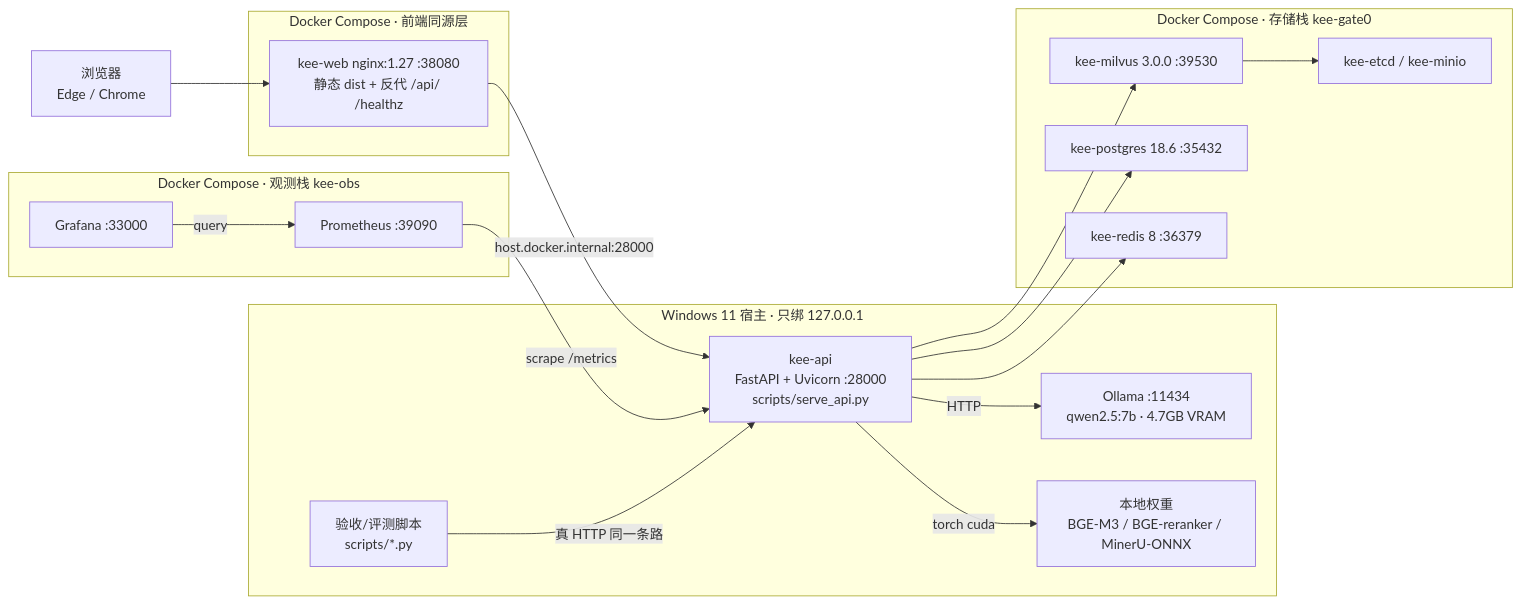
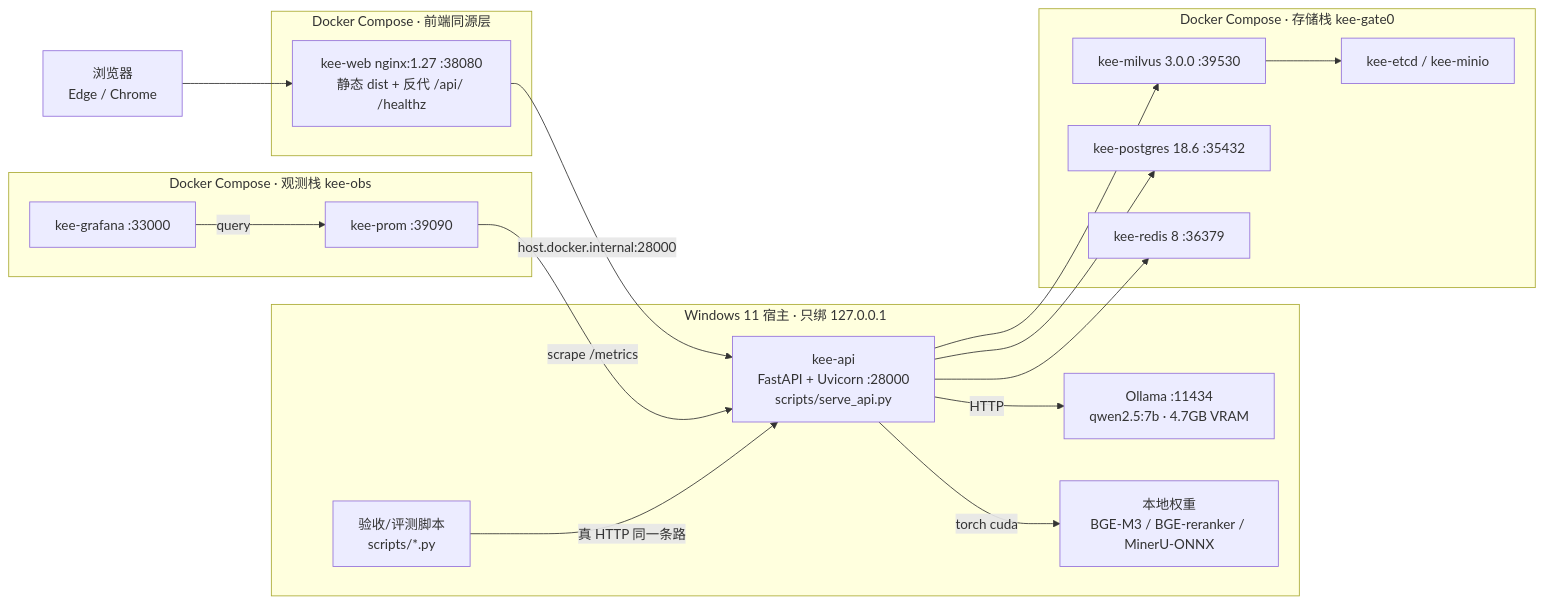
One commit to young0617-02/know-effect-engine changed the first of 5 diagrams in Material/架构图文档.md. Above: the diagram before and after it, drawn with Mermaid. The commit also changed other lines of this file and 17 other files, not shown here.

````diff
--- a/Material/架构图文档.md
+++ b/Material/架构图文档.md
@@ -38,39 +41,39 @@
 ```mermaid
 flowchart LR
   BR["浏览器<br/>Edge / Chrome"]
 
   subgraph HOST["Windows 11 宿主 · 只绑 127.0.0.1"]
     API["kee-api<br/>FastAPI + Uvicorn :28000<br/>scripts/serve_api.py"]
     WARM["验收/评测脚本<br/>scripts/*.py"]
     OLLAMA["Ollama :11434<br/>qwen2.5:7b · 4.7GB VRAM"]
     WEIGHTS["本地权重<br/>BGE-M3 / BGE-reranker / MinerU-ONNX"]
   end
 
   subgraph NG["Docker Compose · 前端同源层"]
     WEB["kee-web nginx:1.27 :38080<br/>静态 dist + 反代 /api/ /healthz"]
   end
 
   subgraph STACK["Docker Compose · 存储栈 kee-gate0"]
     MILVUS["kee-milvus 3.0.0 :39530"]
     ETCD["kee-etcd / kee-minio"]
     PG["kee-postgres 18.6 :35432"]
     REDIS["kee-redis 8 :36379"]
   end
 
   subgraph OBS["Docker Compose · 观测栈 kee-obs"]
-    PROM["Prometheus :39090"]
-    GRAF["Grafana :33000"]
+    PROM["kee-prom :39090"]
+    GRAF["kee-grafana :33000"]
   end
 
   BR --> WEB
   WEB -->|host.docker.internal:28000| API
   API --> MILVUS
   API --> PG
   API --> REDIS
   API -->|HTTP| OLLAMA
   API -->|torch cuda| WEIGHTS
   MILVUS --> ETCD
   PROM -->|scrape /metrics| API
   GRAF -->|query| PROM
   WARM -->|真 HTTP 同一条路| API
 ```
````
